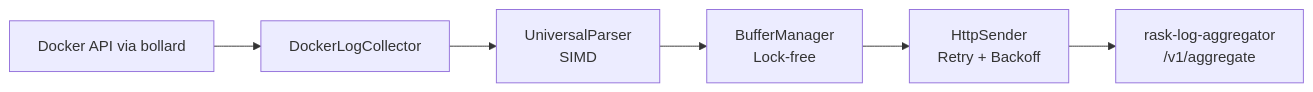
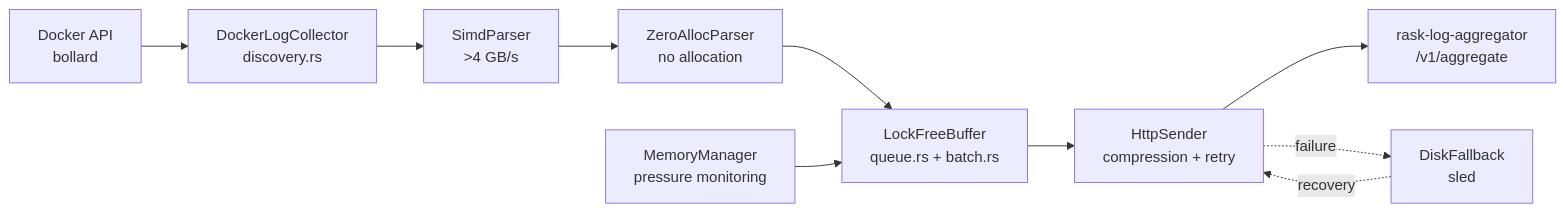
Before and after one commit to Kaikei-e/Alt: the diagram in docs/services/rask-log-forwarder.md, drawn with Mermaid. The commit also changed other lines of this file and 11 other files, not shown here.

First line of the commit message:
docs: Update service documentation with latest reviews and architectural changes

````diff
--- a/docs/services/rask-log-forwarder.md
+++ b/docs/services/rask-log-forwarder.md
@@ -24,11 +37,18 @@
 ```mermaid
 flowchart LR
-    Docker[Docker API via bollard]
-    Collector[DockerLogCollector]
-    Parser[UniversalParser<br/>SIMD]
-    Buffer[BufferManager<br/>Lock-free]
-    Sender[HttpSender<br/>Retry + Backoff]
+    Docker[Docker API<br/>bollard]
+    Collector[DockerLogCollector<br/>discovery.rs]
+    Parser[SimdParser<br/>>4 GB/s]
+    ZeroAlloc[ZeroAllocParser<br/>no allocation]
+    Memory[MemoryManager<br/>pressure monitoring]
+    Buffer[LockFreeBuffer<br/>queue.rs + batch.rs]
+    Sender[HttpSender<br/>compression + retry]
+    Disk[DiskFallback<br/>sled]
     Aggregator[rask-log-aggregator<br/>/v1/aggregate]
 
-    Docker --> Collector --> Parser --> Buffer --> Sender --> Aggregator
+    Docker --> Collector --> Parser --> ZeroAlloc --> Buffer
+    Memory --> Buffer
+    Buffer --> Sender --> Aggregator
+    Sender -.->|failure| Disk
+    Disk -.->|recovery| Sender
 ```
````
